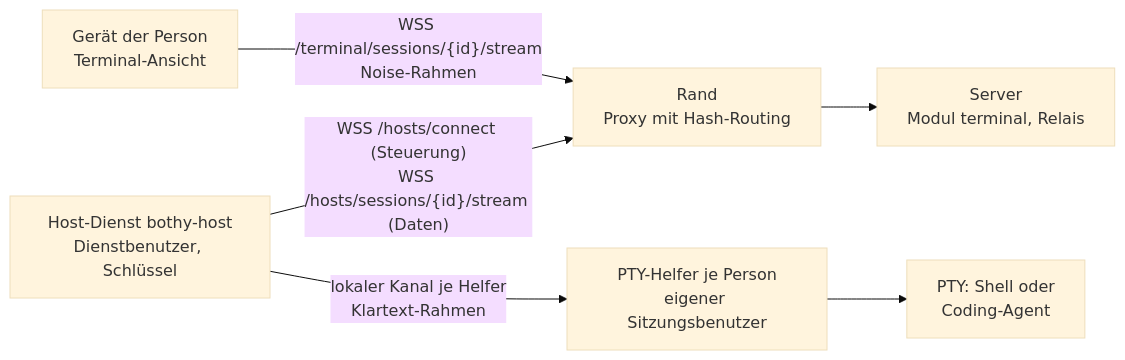
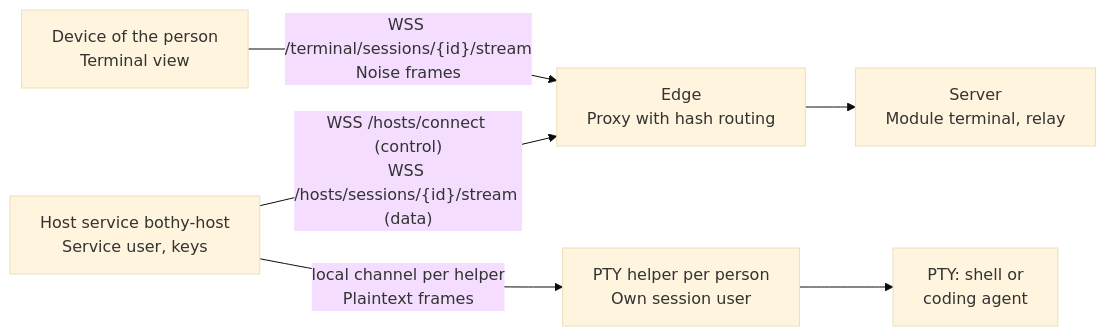
Before and after one commit to mguttmann/bothy: the first of 2 diagrams in docs/spec/24-terminal.md, drawn with Mermaid (base theme). The commit also changed other lines of this file and 73 other files, not shown here.

````diff
--- a/docs/spec/24-terminal.md
+++ b/docs/spec/24-terminal.md
@@ -60,8 +60,8 @@
 ```mermaid
 flowchart LR
-    C["Gerät der Person<br/>Terminal-Ansicht"] -- "WSS /terminal/sessions/{id}/stream<br/>Noise-Rahmen" --> P["Rand<br/>Proxy mit Hash-Routing"]
-    P --> S["Server<br/>Modul terminal, Relais"]
-    H["Host-Dienst bothy-host<br/>Dienstbenutzer, Schlüssel"] -- "WSS /hosts/connect (Steuerung)<br/>WSS /hosts/sessions/{id}/stream (Daten)" --> P
-    H -- "lokaler Kanal je Helfer<br/>Klartext-Rahmen" --> X["PTY-Helfer je Person<br/>eigener Sitzungsbenutzer"]
-    X --> PTY["PTY: Shell oder<br/>Coding-Agent"]
+    C["Device of the person<br/>Terminal view"] -- "WSS /terminal/sessions/{id}/stream<br/>Noise frames" --> P["Edge<br/>Proxy with hash routing"]
+    P --> S["Server<br/>Module terminal, relay"]
+    H["Host service bothy-host<br/>Service user, keys"] -- "WSS /hosts/connect (control)<br/>WSS /hosts/sessions/{id}/stream (data)" --> P
+    H -- "local channel per helper<br/>Plaintext frames" --> X["PTY helper per person<br/>Own session user"]
+    X --> PTY["PTY: shell or<br/>coding agent"]
 ```
````
